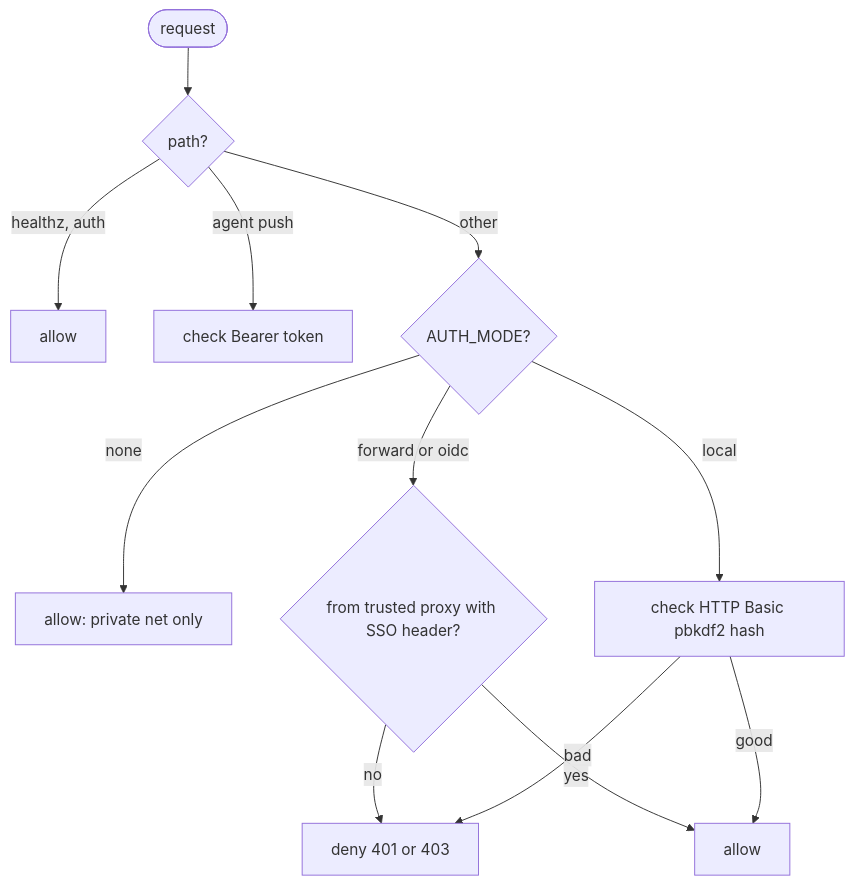
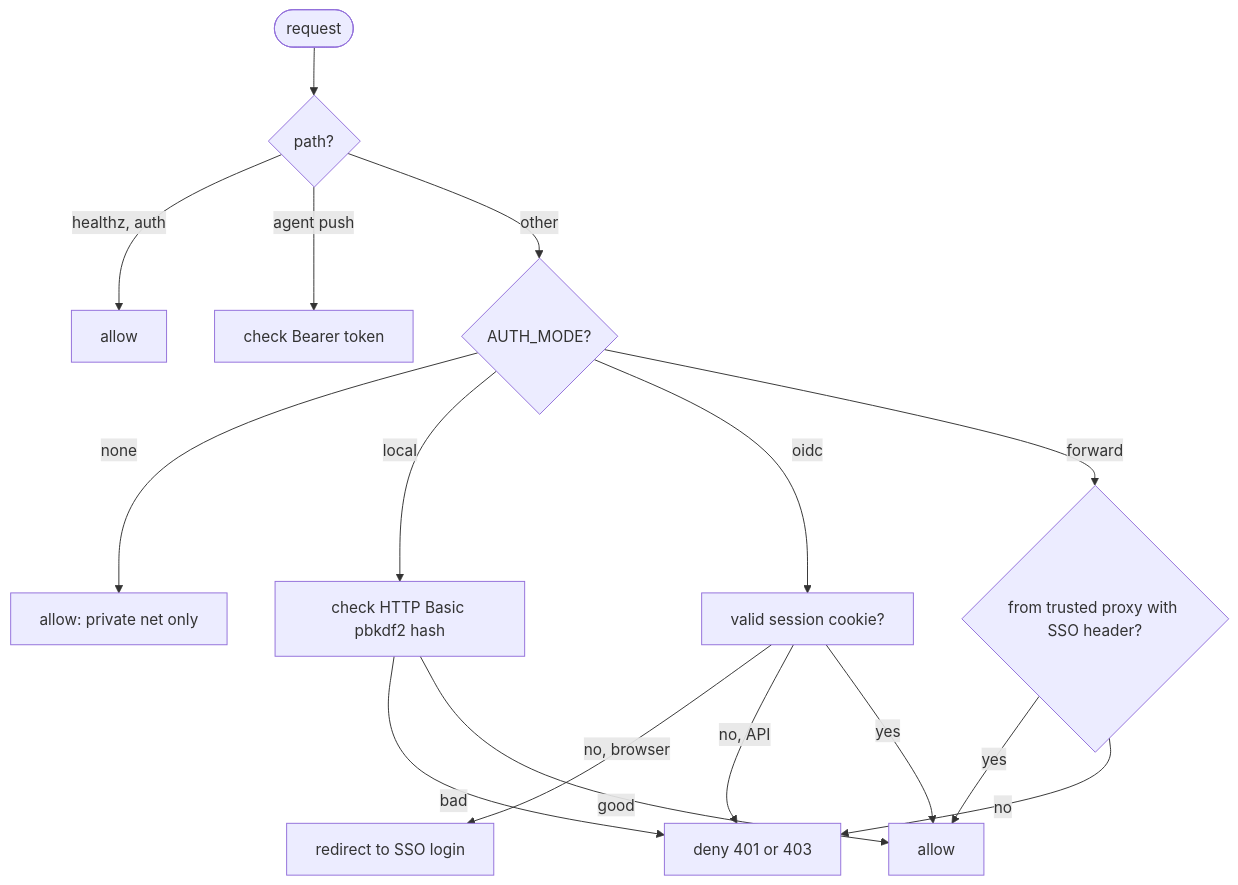
The fourth of 6 diagrams in docs/ARCHITECTURE.md (authoritydmc/ssh-sentinel), drawn with Mermaid before and after one commit. The commit also changed 11 other files, not shown here.

````diff
--- a/docs/ARCHITECTURE.md
+++ b/docs/ARCHITECTURE.md
@@ -90,14 +90,18 @@
 ```mermaid
 flowchart TD
     R(["request"]) --> H{"path?"}
     H -->|"healthz, auth"| OK1["allow"]
     H -->|"agent push"| BEAR["check Bearer token"]
     H -->|"other"| M{"AUTH_MODE?"}
     M -->|"none"| OK2["allow: private net only"]
     M -->|"local"| BA["check HTTP Basic pbkdf2 hash"]
-    M -->|"forward or oidc"| PX{"from trusted proxy with SSO header?"}
+    M -->|"oidc"| SS["valid session cookie?"]
+    SS -->|"no, browser"| LG["redirect to SSO login"]
+    SS -->|"no, API"| D
+    SS -->|"yes"| OK3
+    M -->|"forward"| PX{"from trusted proxy with SSO header?"}
     PX -->|"yes"| OK3["allow"]
     PX -->|"no"| D["deny 401 or 403"]
     BA -->|"bad"| D
     BA -->|"good"| OK3
 ```
````
